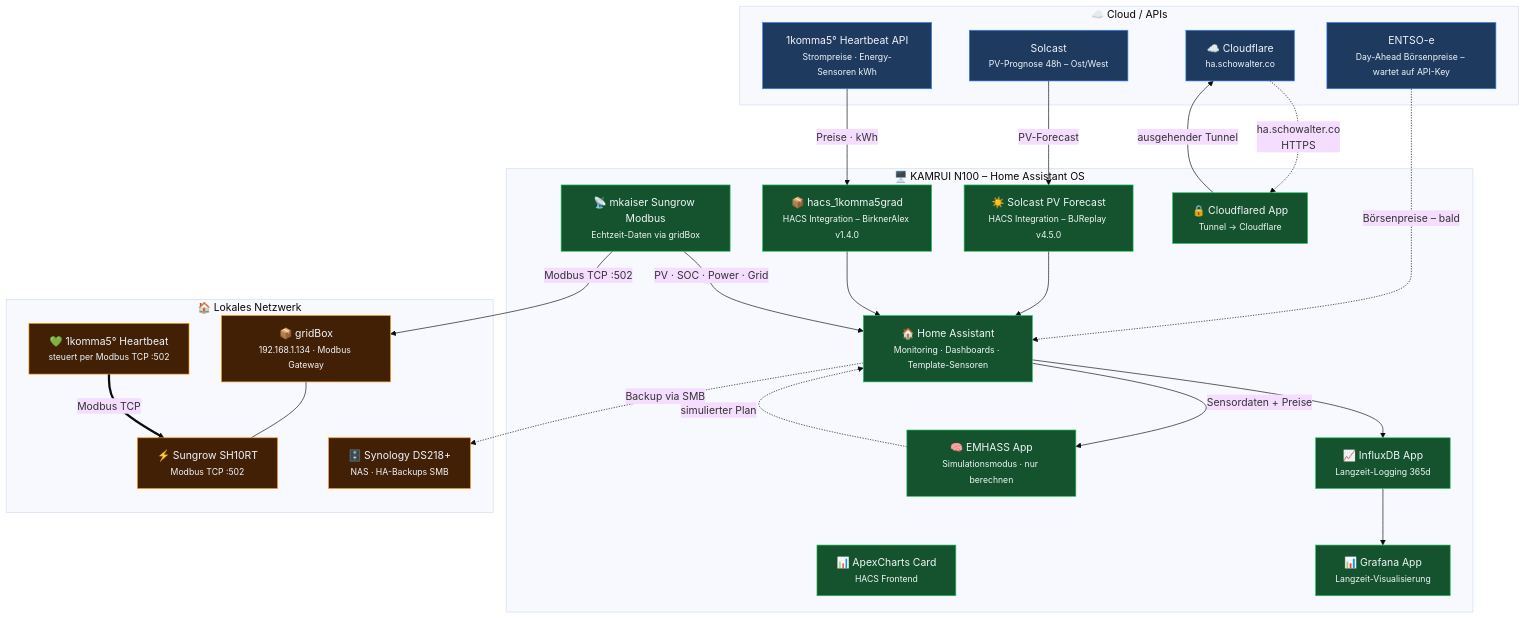
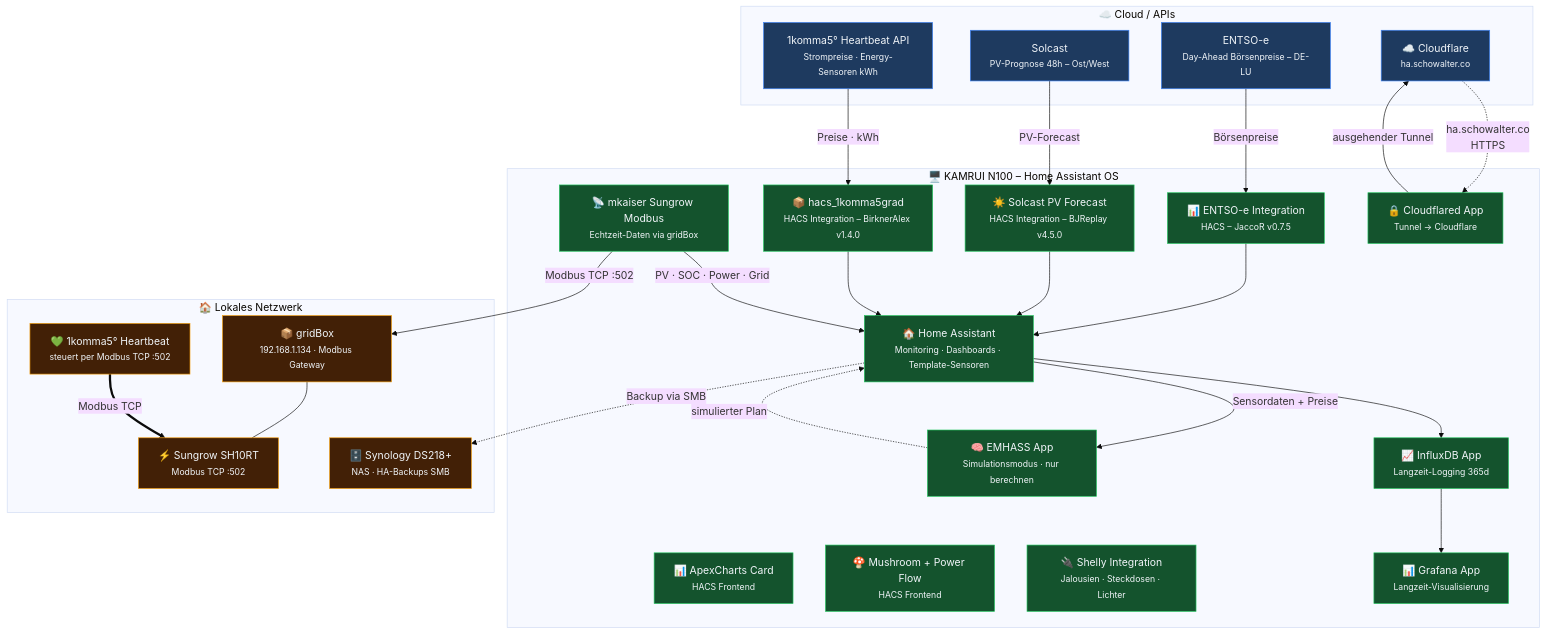
Before and after one commit to schowave/energy-management: the first of 3 diagrams in docs/architektur.md, drawn with Mermaid (base theme). The commit also changed 1 other file, not shown here.

Commit message:
Fix outdated docs: ENTSO-e status, add missing integrations to architecture
- architektur.md: ENTSO-e no longer "wartet auf API-Key", solid arrow
- architektur.md: Add ENTSO-e, Mushroom, Power Flow, Shelly nodes to Phase 1 diagram
- setup-playbook.md: Update summary to show ENTSO-e + Forecast sensor as done
- setup-playbook.md: Mark GoSungrow repo as obsolete (replaced by mkaiser Modbus)
- setup-playbook.md: Update Mosquitto description (no longer GoSungrow reference)

````diff
--- a/docs/architektur.md
+++ b/docs/architektur.md
@@ -9,63 +9,67 @@
 ```mermaid
 graph TB
     subgraph CLOUD["☁️ Cloud / APIs"]
-        ENTSOE["ENTSO-e<br/><small>Day-Ahead Börsenpreise – wartet auf API-Key</small>"]
+        ENTSOE["ENTSO-e<br/><small>Day-Ahead Börsenpreise – DE-LU</small>"]
         SOLCAST["Solcast<br/><small>PV-Prognose 48h – Ost/West</small>"]
         HB_API["1komma5° Heartbeat API<br/><small>Strompreise · Energy-Sensoren kWh</small>"]
         CF["☁️ Cloudflare<br/><small>ha.schowalter.co</small>"]
     end
 
     subgraph N100P1["🖥️ KAMRUI N100 – Home Assistant OS"]
         HAP1["🏠 Home Assistant<br/><small>Monitoring · Dashboards · Template-Sensoren</small>"]
         HACS_1K5["📦 hacs_1komma5grad<br/><small>HACS Integration – BirknerAlex v1.4.0</small>"]
         MODBUS["📡 mkaiser Sungrow Modbus<br/><small>Echtzeit-Daten via gridBox</small>"]
         SOLCAST_INT["☀️ Solcast PV Forecast<br/><small>HACS Integration – BJReplay v4.5.0</small>"]
+        ENTSOE_INT["📊 ENTSO-e Integration<br/><small>HACS – JaccoR v0.7.5</small>"]
         APEX["📊 ApexCharts Card<br/><small>HACS Frontend</small>"]
+        MUSHROOM["🍄 Mushroom + Power Flow<br/><small>HACS Frontend</small>"]
+        SHELLY_INT["🔌 Shelly Integration<br/><small>Jalousien · Steckdosen · Lichter</small>"]
         EMHASSP1["🧠 EMHASS App<br/><small>Simulationsmodus · nur berechnen</small>"]
         INFLUXP1["📈 InfluxDB App<br/><small>Langzeit-Logging 365d</small>"]
         GRAFANAP1["📊 Grafana App<br/><small>Langzeit-Visualisierung</small>"]
         CFD_P1["🔒 Cloudflared App<br/><small>Tunnel → Cloudflare</small>"]
     end
 
     subgraph LOKAL1["🏠 Lokales Netzwerk"]
         HEARTBEAT["💚 1komma5° Heartbeat<br/><small>steuert per Modbus TCP :502</small>"]
         GRIDBOX["📦 gridBox<br/><small>192.168.1.134 · Modbus Gateway</small>"]
         SUNGROW1["⚡ Sungrow SH10RT<br/><small>Modbus TCP :502</small>"]
         SYNOLOGY["🗄️ Synology DS218+<br/><small>NAS · HA-Backups SMB</small>"]
     end
 
     %% Cloud → HA
-    ENTSOE -.->|"Börsenpreise – bald"| HAP1
+    ENTSOE -->|"Börsenpreise"| ENTSOE_INT
+    ENTSOE_INT --> HAP1
     SOLCAST -->|PV-Forecast| SOLCAST_INT
     SOLCAST_INT --> HAP1
     HB_API -->|Preise · kWh| HACS_1K5
     HACS_1K5 --> HAP1
 
     %% Lokaler Modbus-Zugriff – nur lesend, parallel zu Heartbeat
     MODBUS -->|Modbus TCP :502| GRIDBOX
     GRIDBOX --- SUNGROW1
     MODBUS -->|PV · SOC · Power · Grid| HAP1
 
     %% HA → EMHASS Simulation
     HAP1 -->|Sensordaten + Preise| EMHASSP1
     EMHASSP1 -.->|simulierter Plan| HAP1
     HAP1 --> INFLUXP1
     INFLUXP1 --> GRAFANAP1
 
     %% Heartbeat steuert parallel
     HEARTBEAT ==>|Modbus TCP| SUNGROW1
 
     %% Backup + Remote
     HAP1 -.->|Backup via SMB| SYNOLOGY
     CFD_P1 -->|ausgehender Tunnel| CF
     CF -.->|"ha.schowalter.co<br/>HTTPS"| CFD_P1
 
     %% Styling
     classDef cloud fill:#1e3a5f,stroke:#3b82f6,color:#f1f5f9
     classDef haos fill:#14532d,stroke:#22c55e,color:#f1f5f9
     classDef lokal fill:#422006,stroke:#f59e0b,color:#f1f5f9
 
     class ENTSOE,SOLCAST,HB_API,CF cloud
-    class HAP1,HACS_1K5,MODBUS,SOLCAST_INT,APEX,EMHASSP1,INFLUXP1,GRAFANAP1,CFD_P1 haos
+    class HAP1,HACS_1K5,MODBUS,SOLCAST_INT,ENTSOE_INT,APEX,MUSHROOM,SHELLY_INT,EMHASSP1,INFLUXP1,GRAFANAP1,CFD_P1 haos
     class HEARTBEAT,GRIDBOX,SUNGROW1,SYNOLOGY lokal
 ```
````
